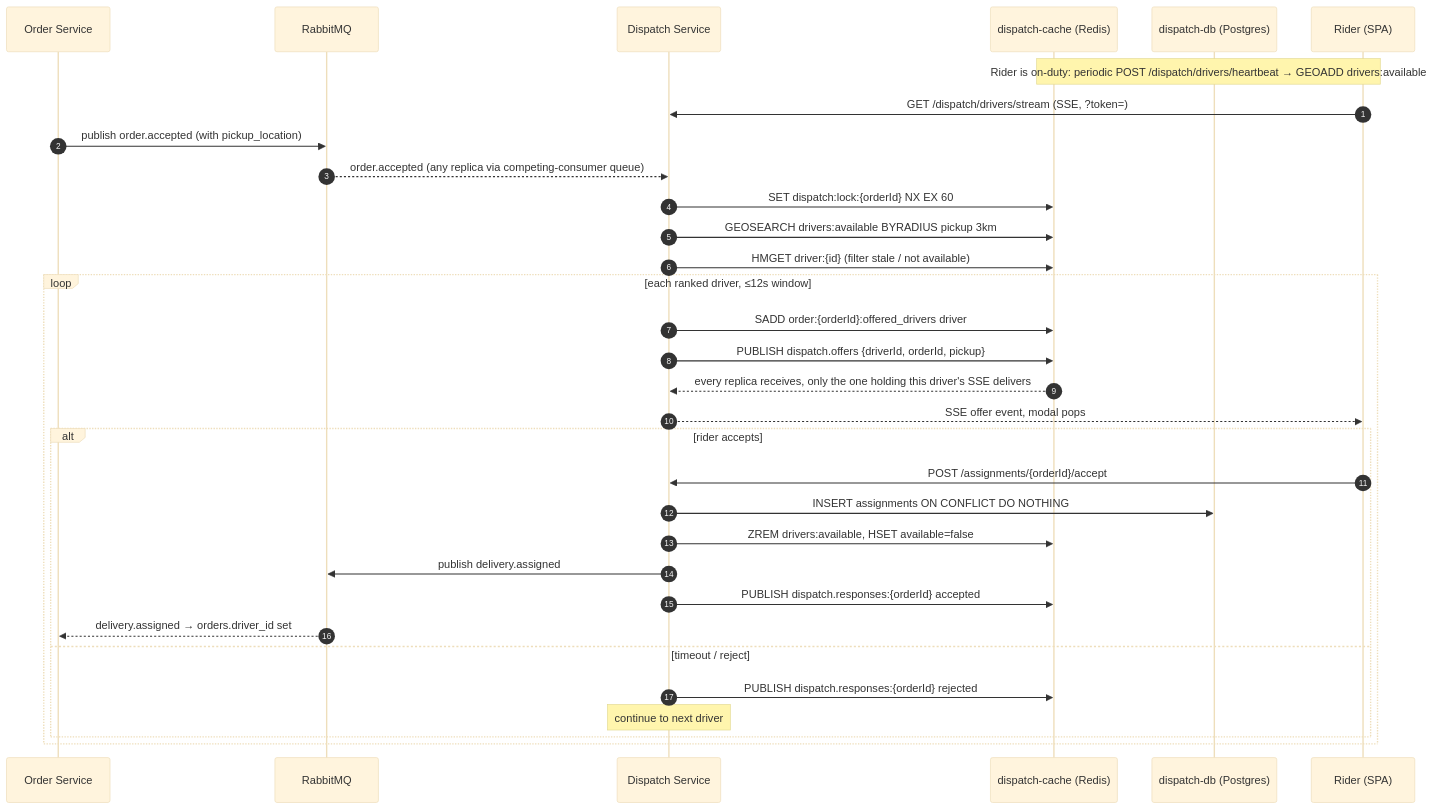
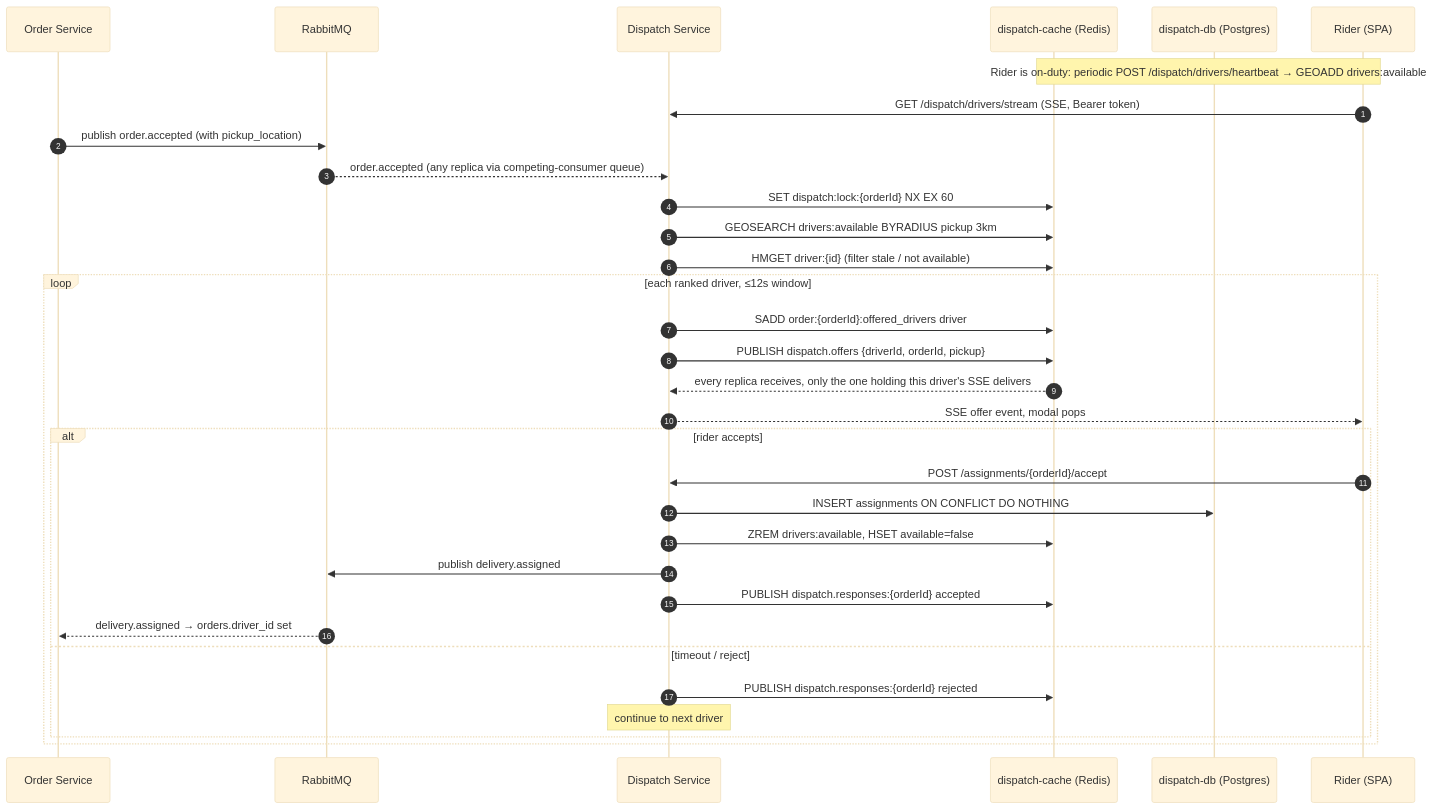
The seventh of 8 diagrams in README.md (ThePainTester/food-delivery), drawn with Mermaid (base theme) before and after one commit. The commit also changed other lines of this file and 15 other files, not shown here.

````diff
--- a/README.md
+++ b/README.md
@@ -230,35 +230,35 @@
 ```mermaid
 sequenceDiagram
   autonumber
   participant OS as Order Service
   participant MQ as RabbitMQ
   participant DS as Dispatch Service
   participant Redis as dispatch-cache (Redis)
   participant PG as dispatch-db (Postgres)
   participant R as Rider (SPA)
 
   Note over R,Redis: Rider is on-duty: periodic POST /dispatch/drivers/heartbeat → GEOADD drivers:available
-  R->>DS: GET /dispatch/drivers/stream (SSE, ?token=)
+  R->>DS: GET /dispatch/drivers/stream (SSE, Bearer token)
   OS->>MQ: publish order.accepted (with pickup_location)
   MQ-->>DS: order.accepted (any replica via competing-consumer queue)
   DS->>Redis: SET dispatch:lock:{orderId} NX EX 60
   DS->>Redis: GEOSEARCH drivers:available BYRADIUS pickup 3km
   DS->>Redis: HMGET driver:{id} (filter stale / not available)
   loop each ranked driver, ≤12s window
     DS->>Redis: SADD order:{orderId}:offered_drivers driver
     DS->>Redis: PUBLISH dispatch.offers {driverId, orderId, pickup}
     Redis-->>DS: every replica receives, only the one holding this driver's SSE delivers
     DS-->>R: SSE offer event, modal pops
     alt rider accepts
       R->>DS: POST /assignments/{orderId}/accept
       DS->>PG: INSERT assignments ON CONFLICT DO NOTHING
       DS->>Redis: ZREM drivers:available, HSET available=false
       DS->>MQ: publish delivery.assigned
       DS->>Redis: PUBLISH dispatch.responses:{orderId} accepted
       MQ-->>OS: delivery.assigned → orders.driver_id set
     else timeout / reject
       DS->>Redis: PUBLISH dispatch.responses:{orderId} rejected
       Note over DS: continue to next driver
     end
   end
 ```
````
